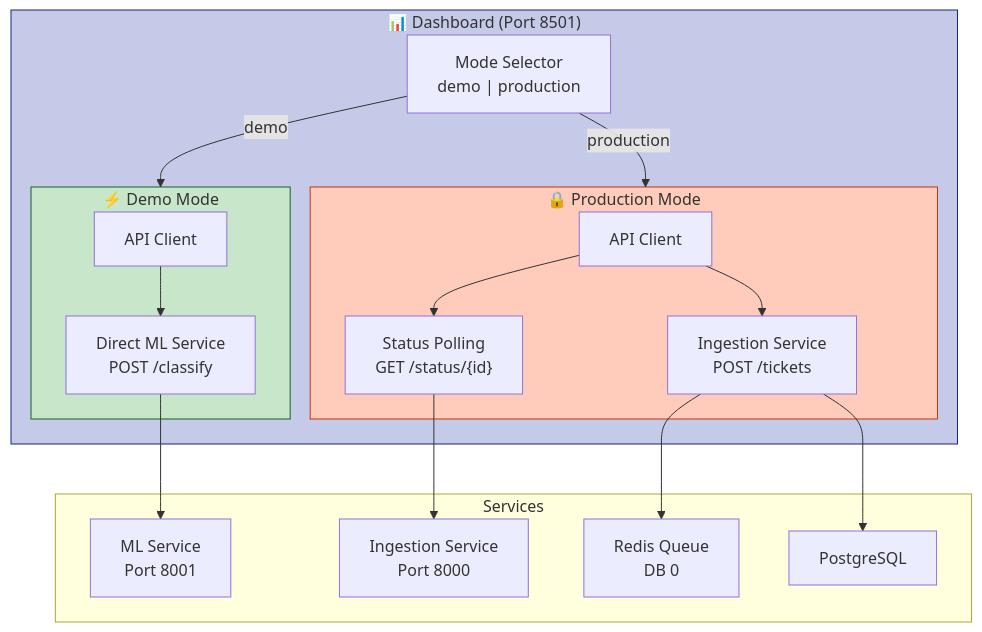
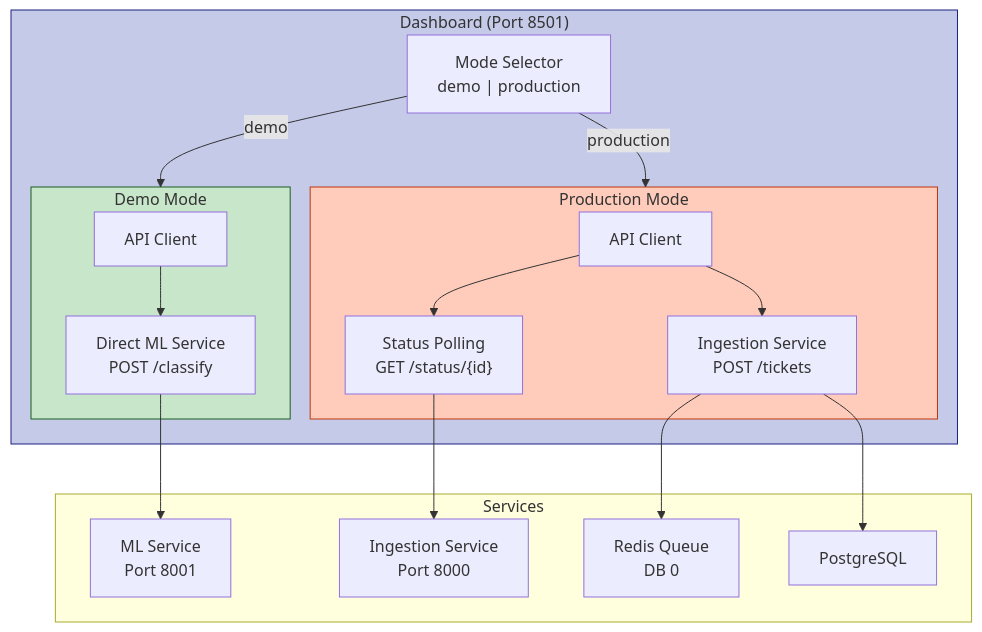
The fifth of 6 diagrams in ARCHITECTURE.md (JungleAll/service-desk-classifier), drawn with Mermaid before and after one commit. The commit also changed other lines of this file and 49 other files, not shown here.

````diff
--- a/ARCHITECTURE.md
+++ b/ARCHITECTURE.md
@@ -319,40 +338,40 @@
 ```mermaid
 graph TB
-    subgraph Dashboard["📊 Dashboard (Port 8501)"]
+    subgraph Dashboard["Dashboard (Port 8501)"]
         ModeSelector["Mode Selector<br/>demo | production"]
         
-        subgraph DemoMode["⚡ Demo Mode"]
+        subgraph DemoMode["Demo Mode"]
             DemoClient["API Client"]
             DirectML["Direct ML Service<br/>POST /classify"]
         end
         
-        subgraph ProdMode["🔒 Production Mode"]
+        subgraph ProdMode["Production Mode"]
             ProdClient["API Client"]
             IngestionFlow["Ingestion Service<br/>POST /tickets"]
             Polling["Status Polling<br/>GET /status/{id}"]
         end
     end
     
     subgraph Services["Services"]
         ML["ML Service<br/>Port 8001"]
         Ingestion["Ingestion Service<br/>Port 8000"]
         RedisQ["Redis Queue<br/>DB 0"]
         PG["PostgreSQL"]
     end
     
     ModeSelector -->|demo| DemoMode
     ModeSelector -->|production| ProdMode
     
     DemoClient --> DirectML
     DirectML --> ML
     
     ProdClient --> IngestionFlow
     IngestionFlow --> RedisQ
     IngestionFlow --> PG
     ProdClient --> Polling
     Polling --> Ingestion
     
     style DemoMode fill:#C8E6C9,stroke:#1B5E20
     style ProdMode fill:#FFCCBC,stroke:#BF360C
     style Dashboard fill:#C5CAE9,stroke:#1A237E
 ```
````
